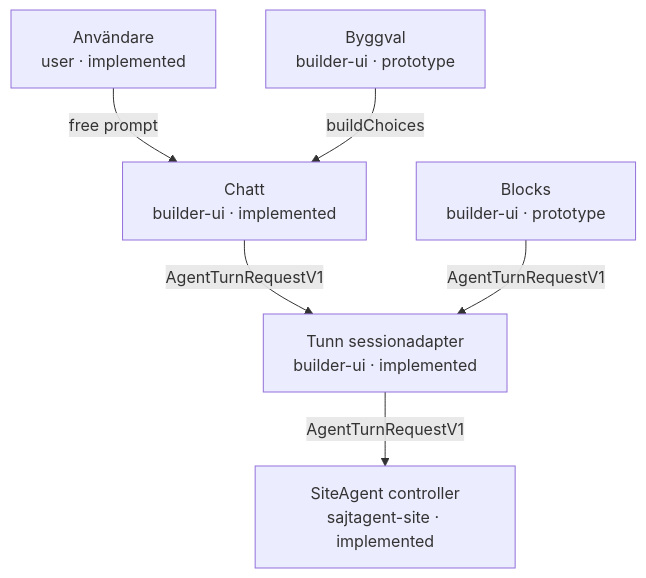
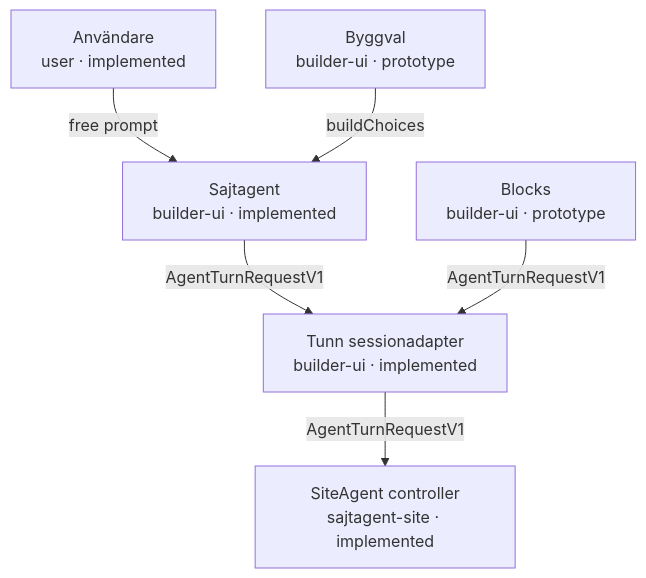
One commit to Jakeminator123/sajtagent-site changed the first of 2 diagrams in docs/card-flow.md. Above: the diagram before and after it, drawn with Mermaid. The commit also changed other lines of this file and 22 other files, not shown here.

First line of the commit message:
Absorb Chat into the Sajtagent conversation card (#25)

````diff
--- a/docs/card-flow.md
+++ b/docs/card-flow.md
@@ -9,14 +9,14 @@
 ```mermaid
 flowchart TB
     n_user_intent["Användare<br/>user · implemented"]
-    n_card_chat["Chatt<br/>builder-ui · implemented"]
-    n_user_intent -->|"free prompt"| n_card_chat
+    n_card_agent["Sajtagent<br/>builder-ui · implemented"]
+    n_user_intent -->|"free prompt"| n_card_agent
     n_card_choices["Byggval<br/>builder-ui · prototype"]
-    n_card_choices -->|"buildChoices"| n_card_chat
+    n_card_choices -->|"buildChoices"| n_card_agent
     n_ui_intent_adapter["Tunn sessionadapter<br/>builder-ui · implemented"]
-    n_card_chat -->|"AgentTurnRequestV1"| n_ui_intent_adapter
+    n_card_agent -->|"AgentTurnRequestV1"| n_ui_intent_adapter
     n_card_blocks["Blocks<br/>builder-ui · prototype"]
     n_card_blocks -->|"AgentTurnRequestV1"| n_ui_intent_adapter
     n_product_controller["SiteAgent controller<br/>sajtagent-site · implemented"]
     n_ui_intent_adapter -->|"AgentTurnRequestV1"| n_product_controller
 ```
````
